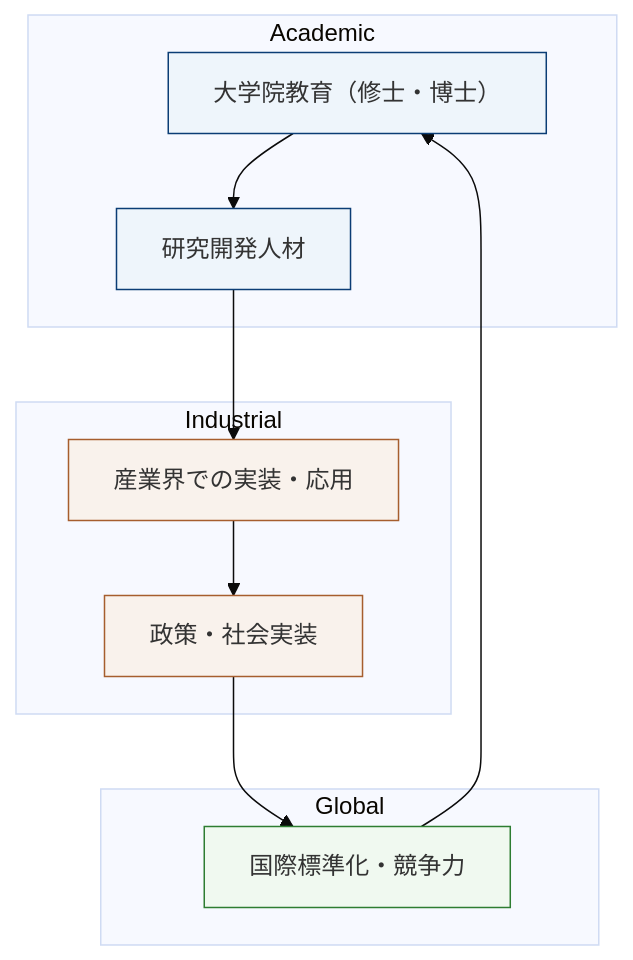
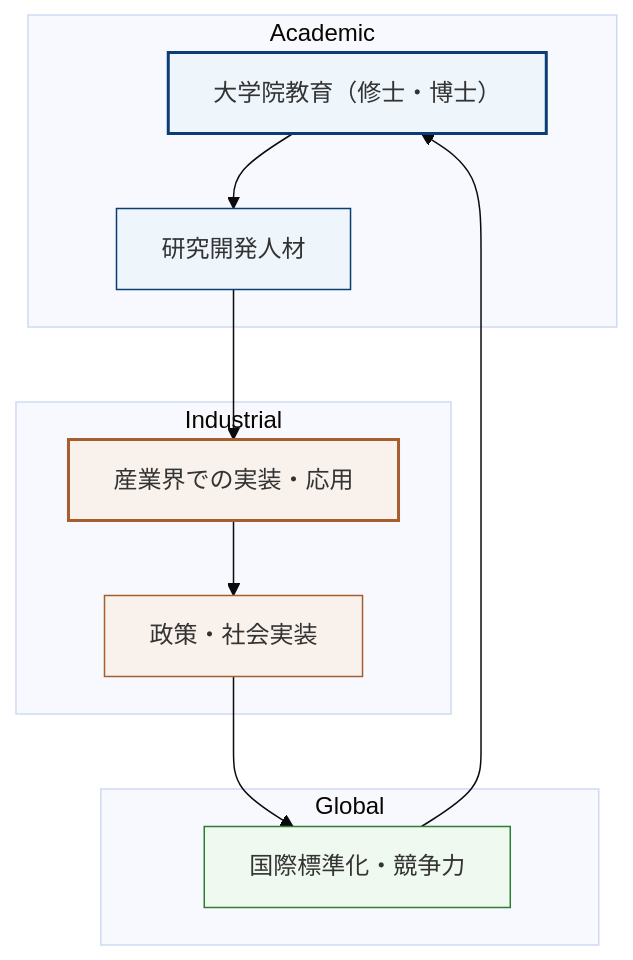
Before and after one commit to Samizo-AITL/AITL-Strategy-Proposal: the third of 3 diagrams in AITL_Strategy_Proposal_Draft_v4_0.md, drawn with Mermaid (base theme).

````diff
--- a/AITL_Strategy_Proposal_Draft_v4_0.md
+++ b/AITL_Strategy_Proposal_Draft_v4_0.md
@@ -155,29 +155,32 @@
 ```mermaid
 flowchart TB
     A[大学院教育（修士・博士）] --> B[研究開発人材]
     B --> C[産業界での実装・応用]
     C --> D[政策・社会実装]
     D --> E[国際標準化・競争力]
     E --> A
 
     subgraph Academic
       A
       B
     end
 
     subgraph Industrial
       C
       D
     end
 
     subgraph Global
       E
     end
 
 style A fill:#eef5fb,stroke:#0b3d75,stroke-width:1px
 style B fill:#eef5fb,stroke:#0b3d75,stroke-width:1px
 style C fill:#f9f2ec,stroke:#a65e2e,stroke-width:1px
 style D fill:#f9f2ec,stroke:#a65e2e,stroke-width:1px
 style E fill:#f0f9f0,stroke:#2e7d32,stroke-width:1px
 
+style A stroke-width:2px
+style C stroke-width:2px
+
 ```
````
